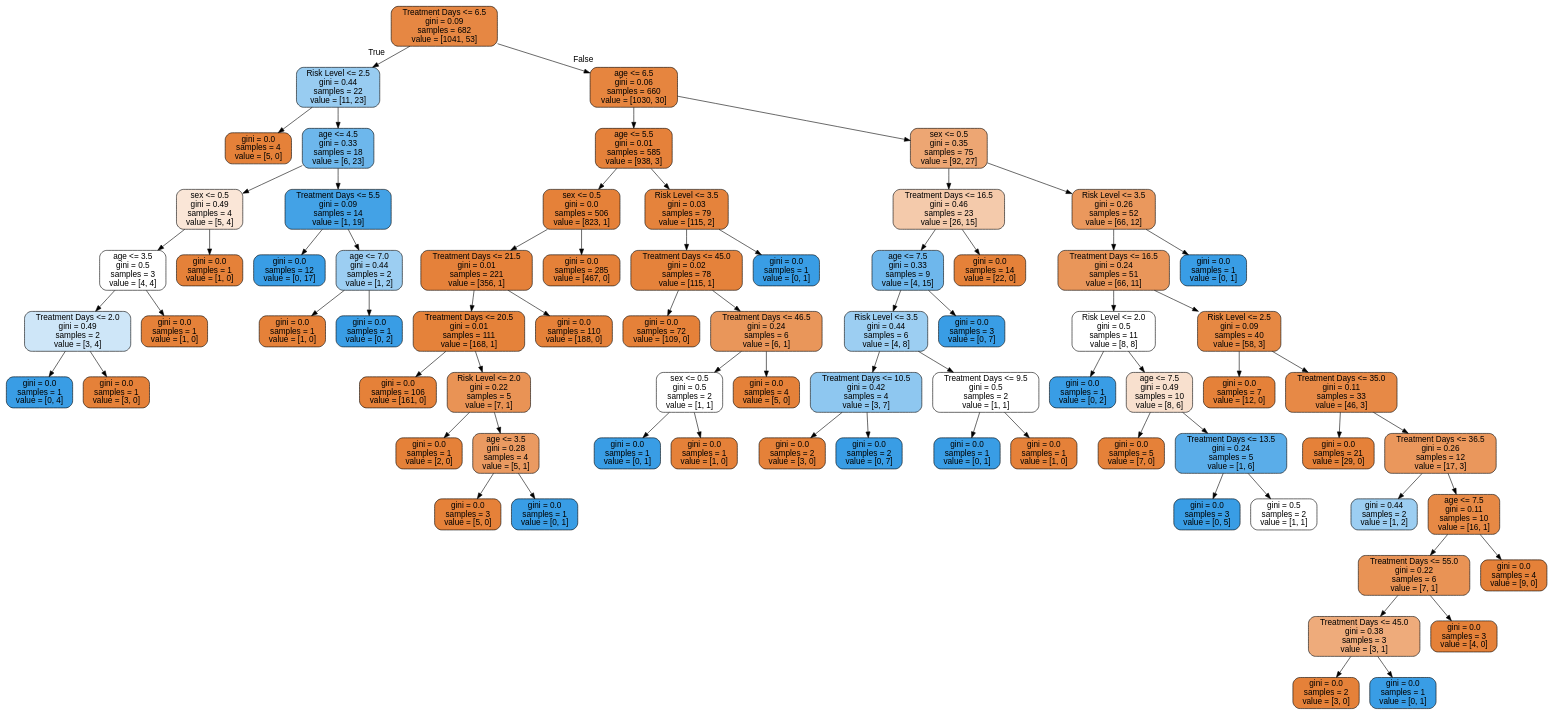
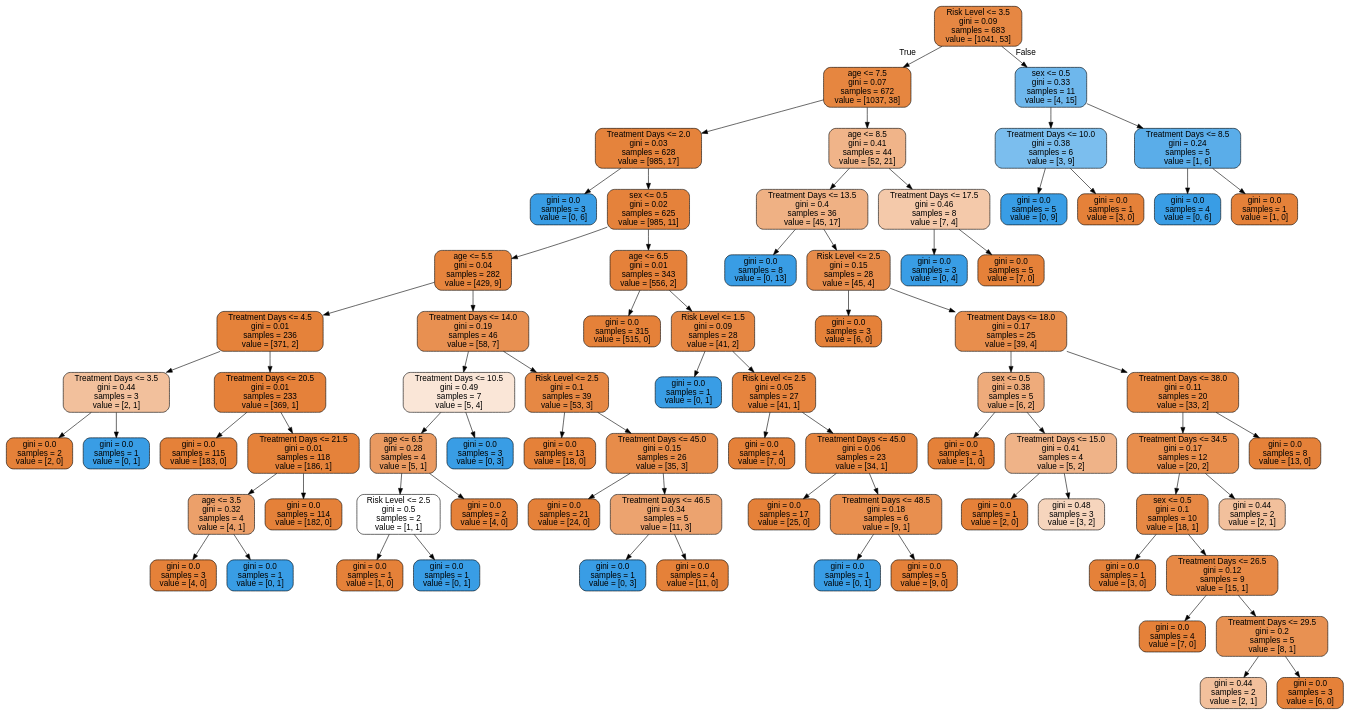
Before and after one commit to victoryapcheeann/QF625-Covid: the diagram in tree.dot, drawn with Graphviz. The commit also changed 3 other files, not shown here.

```diff
--- a/tree.dot
+++ b/tree.dot
@@ -1,149 +1,153 @@
 digraph Tree {
 node [shape=box, style="filled, rounded", color="black", fontname=helvetica] ;
 edge [fontname=helvetica] ;
-0 [label="Treatment Days <= 6.5\ngini = 0.09\nsamples = 682\nvalue = [1041, 53]", fillcolor="#e68743"] ;
-1 [label="Risk Level <= 2.5\ngini = 0.44\nsamples = 22\nvalue = [11, 23]", fillcolor="#98ccf1"] ;
+0 [label="Risk Level <= 3.5\ngini = 0.09\nsamples = 683\nvalue = [1041, 53]", fillcolor="#e68743"] ;
+1 [label="age <= 7.5\ngini = 0.07\nsamples = 672\nvalue = [1037, 38]", fillcolor="#e68640"] ;
 0 -> 1 [labeldistance=2.5, labelangle=45, headlabel="True"] ;
-2 [label="gini = 0.0\nsamples = 4\nvalue = [5, 0]", fillcolor="#e58139"] ;
+2 [label="Treatment Days <= 2.0\ngini = 0.03\nsamples = 628\nvalue = [985, 17]", fillcolor="#e5833c"] ;
 1 -> 2 ;
-3 [label="age <= 4.5\ngini = 0.33\nsamples = 18\nvalue = [6, 23]", fillcolor="#6db7ec"] ;
-1 -> 3 ;
-4 [label="sex <= 0.5\ngini = 0.49\nsamples = 4\nvalue = [5, 4]", fillcolor="#fae6d7"] ;
-3 -> 4 ;
-5 [label="age <= 3.5\ngini = 0.5\nsamples = 3\nvalue = [4, 4]", fillcolor="#ffffff"] ;
+3 [label="gini = 0.0\nsamples = 3\nvalue = [0, 6]", fillcolor="#399de5"] ;
+2 -> 3 ;
+4 [label="sex <= 0.5\ngini = 0.02\nsamples = 625\nvalue = [985, 11]", fillcolor="#e5823b"] ;
+2 -> 4 ;
+5 [label="age <= 5.5\ngini = 0.04\nsamples = 282\nvalue = [429, 9]", fillcolor="#e6843d"] ;
 4 -> 5 ;
-6 [label="Treatment Days <= 2.0\ngini = 0.49\nsamples = 2\nvalue = [3, 4]", fillcolor="#cee6f8"] ;
+6 [label="Treatment Days <= 4.5\ngini = 0.01\nsamples = 236\nvalue = [371, 2]", fillcolor="#e5823a"] ;
 5 -> 6 ;
-7 [label="gini = 0.0\nsamples = 1\nvalue = [0, 4]", fillcolor="#399de5"] ;
+7 [label="Treatment Days <= 3.5\ngini = 0.44\nsamples = 3\nvalue = [2, 1]", fillcolor="#f2c09c"] ;
 6 -> 7 ;
-8 [label="gini = 0.0\nsamples = 1\nvalue = [3, 0]", fillcolor="#e58139"] ;
-6 -> 8 ;
-9 [label="gini = 0.0\nsamples = 1\nvalue = [1, 0]", fillcolor="#e58139"] ;
-5 -> 9 ;
-10 [label="gini = 0.0\nsamples = 1\nvalue = [1, 0]", fillcolor="#e58139"] ;
-4 -> 10 ;
-11 [label="Treatment Days <= 5.5\ngini = 0.09\nsamples = 14\nvalue = [1, 19]", fillcolor="#43a2e6"] ;
-3 -> 11 ;
-12 [label="gini = 0.0\nsamples = 12\nvalue = [0, 17]", fillcolor="#399de5"] ;
-11 -> 12 ;
-13 [label="age <= 7.0\ngini = 0.44\nsamples = 2\nvalue = [1, 2]", fillcolor="#9ccef2"] ;
-11 -> 13 ;
-14 [label="gini = 0.0\nsamples = 1\nvalue = [1, 0]", fillcolor="#e58139"] ;
+8 [label="gini = 0.0\nsamples = 2\nvalue = [2, 0]", fillcolor="#e58139"] ;
+7 -> 8 ;
+9 [label="gini = 0.0\nsamples = 1\nvalue = [0, 1]", fillcolor="#399de5"] ;
+7 -> 9 ;
+10 [label="Treatment Days <= 20.5\ngini = 0.01\nsamples = 233\nvalue = [369, 1]", fillcolor="#e5813a"] ;
+6 -> 10 ;
+11 [label="gini = 0.0\nsamples = 115\nvalue = [183, 0]", fillcolor="#e58139"] ;
+10 -> 11 ;
+12 [label="Treatment Days <= 21.5\ngini = 0.01\nsamples = 118\nvalue = [186, 1]", fillcolor="#e5823a"] ;
+10 -> 12 ;
+13 [label="age <= 3.5\ngini = 0.32\nsamples = 4\nvalue = [4, 1]", fillcolor="#eca06a"] ;
+12 -> 13 ;
+14 [label="gini = 0.0\nsamples = 3\nvalue = [4, 0]", fillcolor="#e58139"] ;
 13 -> 14 ;
-15 [label="gini = 0.0\nsamples = 1\nvalue = [0, 2]", fillcolor="#399de5"] ;
+15 [label="gini = 0.0\nsamples = 1\nvalue = [0, 1]", fillcolor="#399de5"] ;
 13 -> 15 ;
-16 [label="age <= 6.5\ngini = 0.06\nsamples = 660\nvalue = [1030, 30]", fillcolor="#e6853f"] ;
-0 -> 16 [labeldistance=2.5, labelangle=-45, headlabel="False"] ;
-17 [label="age <= 5.5\ngini = 0.01\nsamples = 585\nvalue = [938, 3]", fillcolor="#e5813a"] ;
-16 -> 17 ;
-18 [label="sex <= 0.5\ngini = 0.0\nsamples = 506\nvalue = [823, 1]", fillcolor="#e58139"] ;
+16 [label="gini = 0.0\nsamples = 114\nvalue = [182, 0]", fillcolor="#e58139"] ;
+12 -> 16 ;
+17 [label="Treatment Days <= 14.0\ngini = 0.19\nsamples = 46\nvalue = [58, 7]", fillcolor="#e89051"] ;
+5 -> 17 ;
+18 [label="Treatment Days <= 10.5\ngini = 0.49\nsamples = 7\nvalue = [5, 4]", fillcolor="#fae6d7"] ;
 17 -> 18 ;
-19 [label="Treatment Days <= 21.5\ngini = 0.01\nsamples = 221\nvalue = [356, 1]", fillcolor="#e5813a"] ;
+19 [label="age <= 6.5\ngini = 0.28\nsamples = 4\nvalue = [5, 1]", fillcolor="#ea9a61"] ;
 18 -> 19 ;
-20 [label="Treatment Days <= 20.5\ngini = 0.01\nsamples = 111\nvalue = [168, 1]", fillcolor="#e5823a"] ;
+20 [label="Risk Level <= 2.5\ngini = 0.5\nsamples = 2\nvalue = [1, 1]", fillcolor="#ffffff"] ;
 19 -> 20 ;
-21 [label="gini = 0.0\nsamples = 106\nvalue = [161, 0]", fillcolor="#e58139"] ;
+21 [label="gini = 0.0\nsamples = 1\nvalue = [1, 0]", fillcolor="#e58139"] ;
 20 -> 21 ;
-22 [label="Risk Level <= 2.0\ngini = 0.22\nsamples = 5\nvalue = [7, 1]", fillcolor="#e99355"] ;
+22 [label="gini = 0.0\nsamples = 1\nvalue = [0, 1]", fillcolor="#399de5"] ;
 20 -> 22 ;
-23 [label="gini = 0.0\nsamples = 1\nvalue = [2, 0]", fillcolor="#e58139"] ;
-22 -> 23 ;
-24 [label="age <= 3.5\ngini = 0.28\nsamples = 4\nvalue = [5, 1]", fillcolor="#ea9a61"] ;
-22 -> 24 ;
-25 [label="gini = 0.0\nsamples = 3\nvalue = [5, 0]", fillcolor="#e58139"] ;
-24 -> 25 ;
-26 [label="gini = 0.0\nsamples = 1\nvalue = [0, 1]", fillcolor="#399de5"] ;
-24 -> 26 ;
-27 [label="gini = 0.0\nsamples = 110\nvalue = [188, 0]", fillcolor="#e58139"] ;
-19 -> 27 ;
-28 [label="gini = 0.0\nsamples = 285\nvalue = [467, 0]", fillcolor="#e58139"] ;
-18 -> 28 ;
-29 [label="Risk Level <= 3.5\ngini = 0.03\nsamples = 79\nvalue = [115, 2]", fillcolor="#e5833c"] ;
-17 -> 29 ;
-30 [label="Treatment Days <= 45.0\ngini = 0.02\nsamples = 78\nvalue = [115, 1]", fillcolor="#e5823b"] ;
+23 [label="gini = 0.0\nsamples = 2\nvalue = [4, 0]", fillcolor="#e58139"] ;
+19 -> 23 ;
+24 [label="gini = 0.0\nsamples = 3\nvalue = [0, 3]", fillcolor="#399de5"] ;
+18 -> 24 ;
+25 [label="Risk Level <= 2.5\ngini = 0.1\nsamples = 39\nvalue = [53, 3]", fillcolor="#e68844"] ;
+17 -> 25 ;
+26 [label="gini = 0.0\nsamples = 13\nvalue = [18, 0]", fillcolor="#e58139"] ;
+25 -> 26 ;
+27 [label="Treatment Days <= 45.0\ngini = 0.15\nsamples = 26\nvalue = [35, 3]", fillcolor="#e78c4a"] ;
+25 -> 27 ;
+28 [label="gini = 0.0\nsamples = 21\nvalue = [24, 0]", fillcolor="#e58139"] ;
+27 -> 28 ;
+29 [label="Treatment Days <= 46.5\ngini = 0.34\nsamples = 5\nvalue = [11, 3]", fillcolor="#eca36f"] ;
+27 -> 29 ;
+30 [label="gini = 0.0\nsamples = 1\nvalue = [0, 3]", fillcolor="#399de5"] ;
 29 -> 30 ;
-31 [label="gini = 0.0\nsamples = 72\nvalue = [109, 0]", fillcolor="#e58139"] ;
-30 -> 31 ;
-32 [label="Treatment Days <= 46.5\ngini = 0.24\nsamples = 6\nvalue = [6, 1]", fillcolor="#e9965a"] ;
-30 -> 32 ;
-33 [label="sex <= 0.5\ngini = 0.5\nsamples = 2\nvalue = [1, 1]", fillcolor="#ffffff"] ;
+31 [label="gini = 0.0\nsamples = 4\nvalue = [11, 0]", fillcolor="#e58139"] ;
+29 -> 31 ;
+32 [label="age <= 6.5\ngini = 0.01\nsamples = 343\nvalue = [556, 2]", fillcolor="#e5813a"] ;
+4 -> 32 ;
+33 [label="gini = 0.0\nsamples = 315\nvalue = [515, 0]", fillcolor="#e58139"] ;
 32 -> 33 ;
-34 [label="gini = 0.0\nsamples = 1\nvalue = [0, 1]", fillcolor="#399de5"] ;
-33 -> 34 ;
-35 [label="gini = 0.0\nsamples = 1\nvalue = [1, 0]", fillcolor="#e58139"] ;
-33 -> 35 ;
-36 [label="gini = 0.0\nsamples = 4\nvalue = [5, 0]", fillcolor="#e58139"] ;
-32 -> 36 ;
-37 [label="gini = 0.0\nsamples = 1\nvalue = [0, 1]", fillcolor="#399de5"] ;
-29 -> 37 ;
-38 [label="sex <= 0.5\ngini = 0.35\nsamples = 75\nvalue = [92, 27]", fillcolor="#eda673"] ;
-16 -> 38 ;
-39 [label="Treatment Days <= 16.5\ngini = 0.46\nsamples = 23\nvalue = [26, 15]", fillcolor="#f4caab"] ;
+34 [label="Risk Level <= 1.5\ngini = 0.09\nsamples = 28\nvalue = [41, 2]", fillcolor="#e68743"] ;
+32 -> 34 ;
+35 [label="gini = 0.0\nsamples = 1\nvalue = [0, 1]", fillcolor="#399de5"] ;
+34 -> 35 ;
+36 [label="Risk Level <= 2.5\ngini = 0.05\nsamples = 27\nvalue = [41, 1]", fillcolor="#e6843e"] ;
+34 -> 36 ;
+37 [label="gini = 0.0\nsamples = 4\nvalue = [7, 0]", fillcolor="#e58139"] ;
+36 -> 37 ;
+38 [label="Treatment Days <= 45.0\ngini = 0.06\nsamples = 23\nvalue = [34, 1]", fillcolor="#e6853f"] ;
+36 -> 38 ;
+39 [label="gini = 0.0\nsamples = 17\nvalue = [25, 0]", fillcolor="#e58139"] ;
 38 -> 39 ;
-40 [label="age <= 7.5\ngini = 0.33\nsamples = 9\nvalue = [4, 15]", fillcolor="#6eb7ec"] ;
-39 -> 40 ;
-41 [label="Risk Level <= 3.5\ngini = 0.44\nsamples = 6\nvalue = [4, 8]", fillcolor="#9ccef2"] ;
+40 [label="Treatment Days <= 48.5\ngini = 0.18\nsamples = 6\nvalue = [9, 1]", fillcolor="#e88f4f"] ;
+38 -> 40 ;
+41 [label="gini = 0.0\nsamples = 1\nvalue = [0, 1]", fillcolor="#399de5"] ;
 40 -> 41 ;
-42 [label="Treatment Days <= 10.5\ngini = 0.42\nsamples = 4\nvalue = [3, 7]", fillcolor="#8ec7f0"] ;
-41 -> 42 ;
-43 [label="gini = 0.0\nsamples = 2\nvalue = [3, 0]", fillcolor="#e58139"] ;
-42 -> 43 ;
-44 [label="gini = 0.0\nsamples = 2\nvalue = [0, 7]", fillcolor="#399de5"] ;
-42 -> 44 ;
-45 [label="Treatment Days <= 9.5\ngini = 0.5\nsamples = 2\nvalue = [1, 1]", fillcolor="#ffffff"] ;
-41 -> 45 ;
-46 [label="gini = 0.0\nsamples = 1\nvalue = [0, 1]", fillcolor="#399de5"] ;
-45 -> 46 ;
-47 [label="gini = 0.0\nsamples = 1\nvalue = [1, 0]", fillcolor="#e58139"] ;
-45 -> 47 ;
-48 [label="gini = 0.0\nsamples = 3\nvalue = [0, 7]", fillcolor="#399de5"] ;
-40 -> 48 ;
-49 [label="gini = 0.0\nsamples = 14\nvalue = [22, 0]", fillcolor="#e58139"] ;
-39 -> 49 ;
-50 [label="Risk Level <= 3.5\ngini = 0.26\nsamples = 52\nvalue = [66, 12]", fillcolor="#ea985d"] ;
-38 -> 50 ;
-51 [label="Treatment Days <= 16.5\ngini = 0.24\nsamples = 51\nvalue = [66, 11]", fillcolor="#e9965a"] ;
-50 -> 51 ;
-52 [label="Risk Level <= 2.0\ngini = 0.5\nsamples = 11\nvalue = [8, 8]", fillcolor="#ffffff"] ;
+42 [label="gini = 0.0\nsamples = 5\nvalue = [9, 0]", fillcolor="#e58139"] ;
+40 -> 42 ;
+43 [label="age <= 8.5\ngini = 0.41\nsamples = 44\nvalue = [52, 21]", fillcolor="#f0b489"] ;
+1 -> 43 ;
+44 [label="Treatment Days <= 13.5\ngini = 0.4\nsamples = 36\nvalue = [45, 17]", fillcolor="#efb184"] ;
+43 -> 44 ;
+45 [label="gini = 0.0\nsamples = 8\nvalue = [0, 13]", fillcolor="#399de5"] ;
+44 -> 45 ;
+46 [label="Risk Level <= 2.5\ngini = 0.15\nsamples = 28\nvalue = [45, 4]", fillcolor="#e78c4b"] ;
+44 -> 46 ;
+47 [label="gini = 0.0\nsamples = 3\nvalue = [6, 0]", fillcolor="#e58139"] ;
+46 -> 47 ;
+48 [label="Treatment Days <= 18.0\ngini = 0.17\nsamples = 25\nvalue = [39, 4]", fillcolor="#e88e4d"] ;
+46 -> 48 ;
+49 [label="sex <= 0.5\ngini = 0.38\nsamples = 5\nvalue = [6, 2]", fillcolor="#eeab7b"] ;
+48 -> 49 ;
+50 [label="gini = 0.0\nsamples = 1\nvalue = [1, 0]", fillcolor="#e58139"] ;
+49 -> 50 ;
+51 [label="Treatment Days <= 15.0\ngini = 0.41\nsamples = 4\nvalue = [5, 2]", fillcolor="#efb388"] ;
+49 -> 51 ;
+52 [label="gini = 0.0\nsamples = 1\nvalue = [2, 0]", fillcolor="#e58139"] ;
 51 -> 52 ;
-53 [label="gini = 0.0\nsamples = 1\nvalue = [0, 2]", fillcolor="#399de5"] ;
-52 -> 53 ;
-54 [label="age <= 7.5\ngini = 0.49\nsamples = 10\nvalue = [8, 6]", fillcolor="#f8e0ce"] ;
-52 -> 54 ;
-55 [label="gini = 0.0\nsamples = 5\nvalue = [7, 0]", fillcolor="#e58139"] ;
+53 [label="gini = 0.48\nsamples = 3\nvalue = [3, 2]", fillcolor="#f6d5bd"] ;
+51 -> 53 ;
+54 [label="Treatment Days <= 38.0\ngini = 0.11\nsamples = 20\nvalue = [33, 2]", fillcolor="#e78945"] ;
+48 -> 54 ;
+55 [label="Treatment Days <= 34.5\ngini = 0.17\nsamples = 12\nvalue = [20, 2]", fillcolor="#e88e4d"] ;
 54 -> 55 ;
-56 [label="Treatment Days <= 13.5\ngini = 0.24\nsamples = 5\nvalue = [1, 6]", fillcolor="#5aade9"] ;
-54 -> 56 ;
-57 [label="gini = 0.0\nsamples = 3\nvalue = [0, 5]", fillcolor="#399de5"] ;
+56 [label="sex <= 0.5\ngini = 0.1\nsamples = 10\nvalue = [18, 1]", fillcolor="#e68844"] ;
+55 -> 56 ;
+57 [label="gini = 0.0\nsamples = 1\nvalue = [3, 0]", fillcolor="#e58139"] ;
 56 -> 57 ;
-58 [label="gini = 0.5\nsamples = 2\nvalue = [1, 1]", fillcolor="#ffffff"] ;
+58 [label="Treatment Days <= 26.5\ngini = 0.12\nsamples = 9\nvalue = [15, 1]", fillcolor="#e78946"] ;
 56 -> 58 ;
-59 [label="Risk Level <= 2.5\ngini = 0.09\nsamples = 40\nvalue = [58, 3]", fillcolor="#e68843"] ;
-51 -> 59 ;
-60 [label="gini = 0.0\nsamples = 7\nvalue = [12, 0]", fillcolor="#e58139"] ;
-59 -> 60 ;
-61 [label="Treatment Days <= 35.0\ngini = 0.11\nsamples = 33\nvalue = [46, 3]", fillcolor="#e78946"] ;
-59 -> 61 ;
-62 [label="gini = 0.0\nsamples = 21\nvalue = [29, 0]", fillcolor="#e58139"] ;
-61 -> 62 ;
-63 [label="Treatment Days <= 36.5\ngini = 0.26\nsamples = 12\nvalue = [17, 3]", fillcolor="#ea975c"] ;
-61 -> 63 ;
-64 [label="gini = 0.44\nsamples = 2\nvalue = [1, 2]", fillcolor="#9ccef2"] ;
-63 -> 64 ;
-65 [label="age <= 7.5\ngini = 0.11\nsamples = 10\nvalue = [16, 1]", fillcolor="#e78945"] ;
-63 -> 65 ;
-66 [label="Treatment Days <= 55.0\ngini = 0.22\nsamples = 6\nvalue = [7, 1]", fillcolor="#e99355"] ;
+59 [label="gini = 0.0\nsamples = 4\nvalue = [7, 0]", fillcolor="#e58139"] ;
+58 -> 59 ;
+60 [label="Treatment Days <= 29.5\ngini = 0.2\nsamples = 5\nvalue = [8, 1]", fillcolor="#e89152"] ;
+58 -> 60 ;
+61 [label="gini = 0.44\nsamples = 2\nvalue = [2, 1]", fillcolor="#f2c09c"] ;
+60 -> 61 ;
+62 [label="gini = 0.0\nsamples = 3\nvalue = [6, 0]", fillcolor="#e58139"] ;
+60 -> 62 ;
+63 [label="gini = 0.44\nsamples = 2\nvalue = [2, 1]", fillcolor="#f2c09c"] ;
+55 -> 63 ;
+64 [label="gini = 0.0\nsamples = 8\nvalue = [13, 0]", fillcolor="#e58139"] ;
+54 -> 64 ;
+65 [label="Treatment Days <= 17.5\ngini = 0.46\nsamples = 8\nvalue = [7, 4]", fillcolor="#f4c9aa"] ;
+43 -> 65 ;
+66 [label="gini = 0.0\nsamples = 3\nvalue = [0, 4]", fillcolor="#399de5"] ;
 65 -> 66 ;
-67 [label="Treatment Days <= 45.0\ngini = 0.38\nsamples = 3\nvalue = [3, 1]", fillcolor="#eeab7b"] ;
-66 -> 67 ;
-68 [label="gini = 0.0\nsamples = 2\nvalue = [3, 0]", fillcolor="#e58139"] ;
-67 -> 68 ;
-69 [label="gini = 0.0\nsamples = 1\nvalue = [0, 1]", fillcolor="#399de5"] ;
-67 -> 69 ;
-70 [label="gini = 0.0\nsamples = 3\nvalue = [4, 0]", fillcolor="#e58139"] ;
-66 -> 70 ;
-71 [label="gini = 0.0\nsamples = 4\nvalue = [9, 0]", fillcolor="#e58139"] ;
-65 -> 71 ;
-72 [label="gini = 0.0\nsamples = 1\nvalue = [0, 1]", fillcolor="#399de5"] ;
-50 -> 72 ;
+67 [label="gini = 0.0\nsamples = 5\nvalue = [7, 0]", fillcolor="#e58139"] ;
+65 -> 67 ;
+68 [label="sex <= 0.5\ngini = 0.33\nsamples = 11\nvalue = [4, 15]", fillcolor="#6eb7ec"] ;
+0 -> 68 [labeldistance=2.5, labelangle=-45, headlabel="False"] ;
+69 [label="Treatment Days <= 10.0\ngini = 0.38\nsamples = 6\nvalue = [3, 9]", fillcolor="#7bbeee"] ;
+68 -> 69 ;
+70 [label="gini = 0.0\nsamples = 5\nvalue = [0, 9]", fillcolor="#399de5"] ;
+69 -> 70 ;
+71 [label="gini = 0.0\nsamples = 1\nvalue = [3, 0]", fillcolor="#e58139"] ;
+69 -> 71 ;
+72 [label="Treatment Days <= 8.5\ngini = 0.24\nsamples = 5\nvalue = [1, 6]", fillcolor="#5aade9"] ;
+68 -> 72 ;
+73 [label="gini = 0.0\nsamples = 4\nvalue = [0, 6]", fillcolor="#399de5"] ;
+72 -> 73 ;
+74 [label="gini = 0.0\nsamples = 1\nvalue = [1, 0]", fillcolor="#e58139"] ;
+72 -> 74 ;
 }
```
